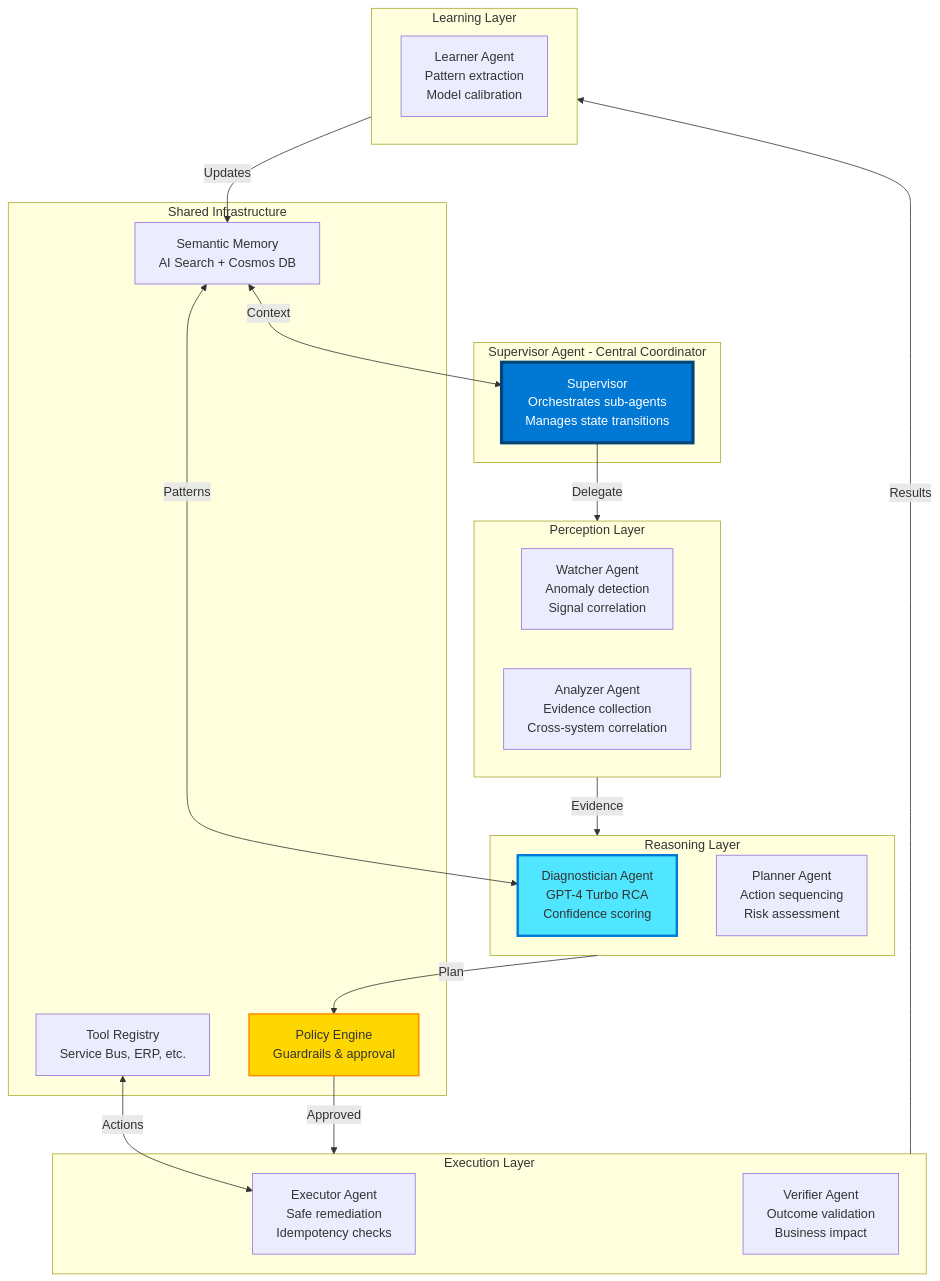
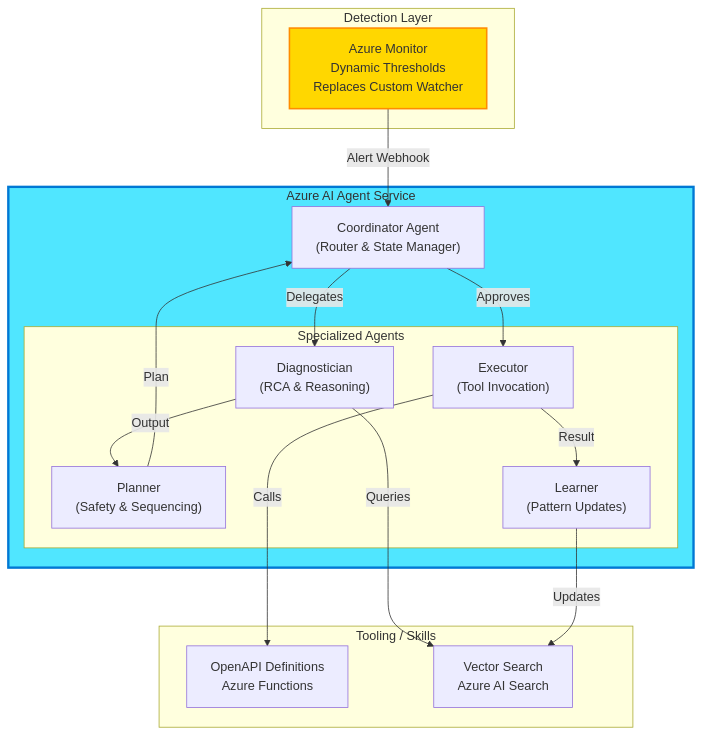
The fifth of 9 diagrams in docs/01-Technical-Architecture.md (mayankgupta7673/Continuum-Ops), drawn with Mermaid before and after one commit. The commit also changed other lines of this file and 8 other files, not shown here.

````diff
--- a/docs/01-Technical-Architecture.md
+++ b/docs/01-Technical-Architecture.md
@@ -153,46 +165,35 @@
 ```mermaid
 graph TB
-    subgraph Supervisor[Supervisor Agent - Central Coordinator]
-        SUPER[Supervisor<br/>Orchestrates sub-agents<br/>Manages state transitions]
+    subgraph Detection[Detection Layer]
+        AZMON[Azure Monitor<br/>Dynamic Thresholds<br/>Replaces Custom Watcher]
+    end
+
+    subgraph AgentService[Azure AI Agent Service]
+        COORD["Coordinator Agent<br/>(Router & State Manager)"]
+        
+        subgraph Workers[Specialized Agents]
+            DIAG["Diagnostician<br/>(RCA & Reasoning)"]
+            PLAN["Planner<br/>(Safety & Sequencing)"]
+            EXEC["Executor<br/>(Tool Invocation)"]
+            LEARN["Learner<br/>(Pattern Updates)"]
+        end
+    end
+
+    subgraph Skills[Tooling / Skills]
+        OPENAPI["OpenAPI Definitions<br/>Azure Functions"]
+        SEARCH["Vector Search<br/>Azure AI Search"]
     end
     
-    subgraph PerceptionAgents[Perception Layer]
-        WATCHER[Watcher Agent<br/>Anomaly detection<br/>Signal correlation]
-        ANALYZER[Analyzer Agent<br/>Evidence collection<br/>Cross-system correlation]
-    end
+    AZMON -->|Alert Webhook| COORD
+    COORD -->|Delegates| DIAG
+    DIAG -->|Queries| SEARCH
+    DIAG -->|Output| PLAN
+    PLAN -->|Plan| COORD
+    COORD -->|Approves| EXEC
+    EXEC -->|Calls| OPENAPI
+    EXEC -->|Result| LEARN
+    LEARN -->|Updates| SEARCH
     
-    subgraph ReasoningAgents[Reasoning Layer]
-        DIAGNOSTICIAN[Diagnostician Agent<br/>GPT-4 Turbo RCA<br/>Confidence scoring]
-        PLANNER[Planner Agent<br/>Action sequencing<br/>Risk assessment]
-    end
-    
-    subgraph ExecutionAgents[Execution Layer]
-        EXECUTOR[Executor Agent<br/>Safe remediation<br/>Idempotency checks]
-        VERIFIER[Verifier Agent<br/>Outcome validation<br/>Business impact]
-    end
-    
-    subgraph LearningAgent[Learning Layer]
-        LEARNER[Learner Agent<br/>Pattern extraction<br/>Model calibration]
-    end
-    
-    subgraph SharedInfra[Shared Infrastructure]
-        MEMORY[Semantic Memory<br/>AI Search + Cosmos DB]
-        TOOLS[Tool Registry<br/>Service Bus, ERP, etc.]
-        POLICY[Policy Engine<br/>Guardrails & approval]
-    end
-    
-    SUPER -->|Delegate| PerceptionAgents
-    PerceptionAgents -->|Evidence| ReasoningAgents
-    ReasoningAgents -->|Plan| POLICY
-    POLICY -->|Approved| ExecutionAgents
-    ExecutionAgents -->|Results| LearningAgent
-    LearningAgent -->|Updates| MEMORY
-    
-    MEMORY <-->|Context| SUPER
-    MEMORY <-->|Patterns| DIAGNOSTICIAN
-    TOOLS <-->|Actions| EXECUTOR
-    
-    style SUPER fill:#0078d4,stroke:#004578,stroke-width:4px,color:#fff
-    style DIAGNOSTICIAN fill:#50e6ff,stroke:#0078d4,stroke-width:3px
-    style POLICY fill:#FFD700,stroke:#FF8C00,stroke-width:2px
+    style AZMON fill:#FFD700,stroke:#FF8C00,stroke-width:2px
+    style AgentService fill:#50e6ff,stroke:#0078d4,stroke-width:3px
 ```
````
